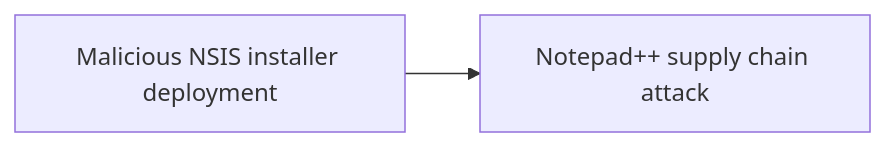
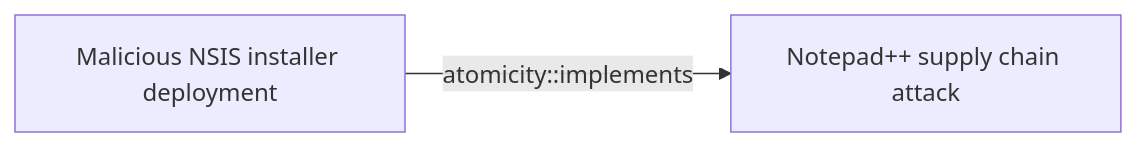
The first of 2 diagrams in docs/threats/malicious-nsis-installer-deployment.md (opentidehq/library), drawn with Mermaid before and after one commit. The commit also changed other lines of this file and 277 other files, not shown here.

````diff
--- a/docs/threats/malicious-nsis-installer-deployment.md
+++ b/docs/threats/malicious-nsis-installer-deployment.md
@@ -134,6 +166,6 @@
 ```mermaid
 flowchart LR
 52462685_bebb_4e86_94b0_fd46aeacb085["Malicious NSIS installer deployment"]
 8b7cae6f_b6cf_4414_9cdc_fe8c8ee7ee22["Notepad++ supply chain attack"]
-52462685_bebb_4e86_94b0_fd46aeacb085 --> 8b7cae6f_b6cf_4414_9cdc_fe8c8ee7ee22
+52462685_bebb_4e86_94b0_fd46aeacb085 -->|atomicity::implements| 8b7cae6f_b6cf_4414_9cdc_fe8c8ee7ee22
 ```
````
